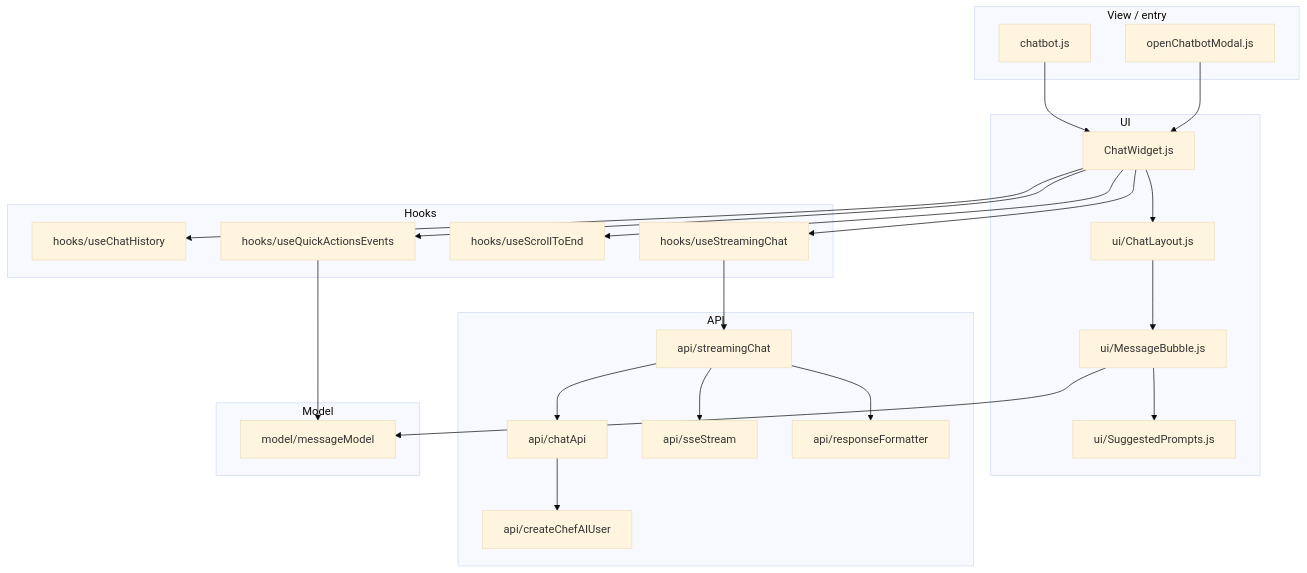
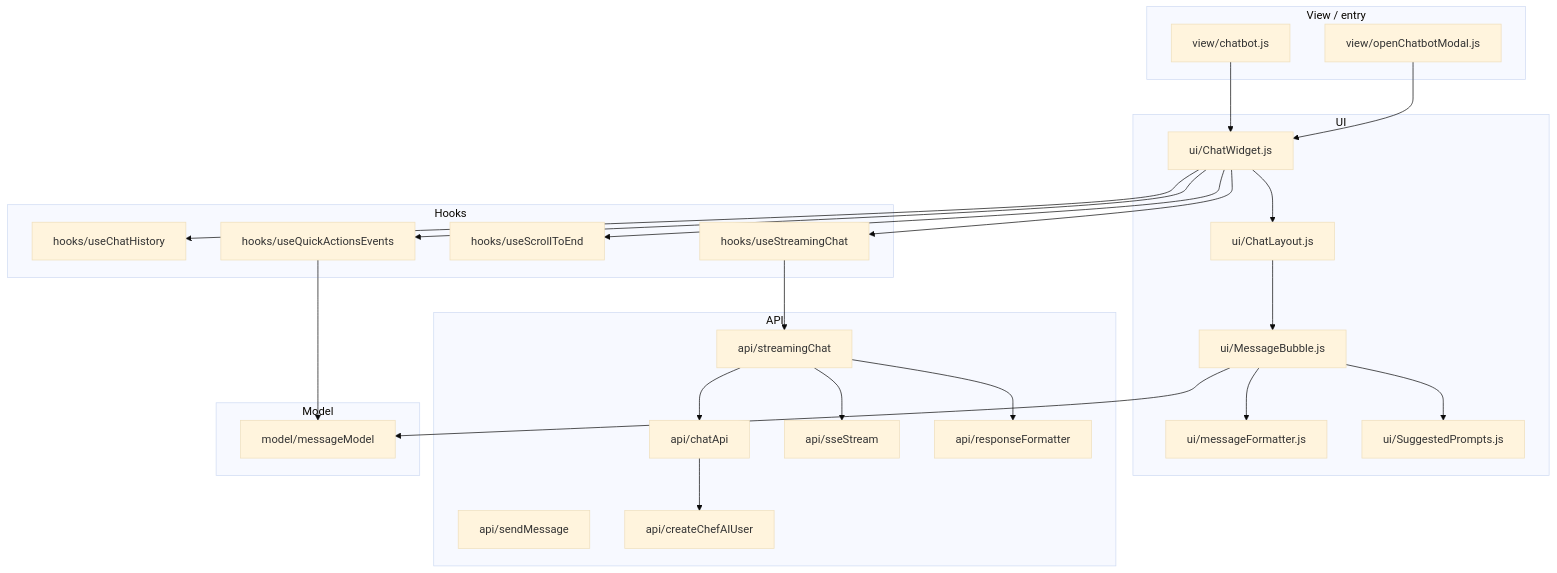
One commit to unileverchefai/chefai changed the first of 2 diagrams in helpers/chatbot/README.md. Above: the diagram before and after it, drawn with Mermaid (base theme). The commit also changed other lines of this file and 20 other files, not shown here.

````diff
--- a/helpers/chatbot/README.md
+++ b/helpers/chatbot/README.md
@@ -42,54 +44,57 @@
 ```mermaid
 flowchart TD
   subgraph viewLayer [View / entry]
-    chatbotJs[chatbot.js]
-    openChatbotModalJs[openChatbotModal.js]
+    chatbotJs[view/chatbot.js]
+    openChatbotModalJs[view/openChatbotModal.js]
   end
 
   subgraph uiLayer [UI]
-    chatWidgetJs[ChatWidget.js]
+    chatWidgetJs[ui/ChatWidget.js]
     chatLayoutJs[ui/ChatLayout.js]
     messageBubbleJs[ui/MessageBubble.js]
+    messageFormatterJs[ui/messageFormatter.js]
     suggestedPromptsJs[ui/SuggestedPrompts.js]
   end
 
   subgraph hooksLayer [Hooks]
     useChatHistoryJs[hooks/useChatHistory]
     useStreamingChatJs[hooks/useStreamingChat]
     useScrollToEndJs[hooks/useScrollToEnd]
     useQuickActionsEventsJs[hooks/useQuickActionsEvents]
   end
 
   subgraph apiLayer [API]
     chatApiJs[api/chatApi]
     streamingChatJs[api/streamingChat]
+    sendMessageJs[api/sendMessage]
     sseStreamJs[api/sseStream]
     responseFormatterJs[api/responseFormatter]
     createChefAIUserJs[api/createChefAIUser]
   end
 
   subgraph modelLayer [Model]
     messageModelJs[model/messageModel]
   end
 
   chatbotJs --> chatWidgetJs
   openChatbotModalJs --> chatWidgetJs
 
   chatWidgetJs --> chatLayoutJs
   chatLayoutJs --> messageBubbleJs
+  messageBubbleJs --> messageFormatterJs
   messageBubbleJs --> suggestedPromptsJs
 
   chatWidgetJs --> useChatHistoryJs
   chatWidgetJs --> useStreamingChatJs
   chatWidgetJs --> useScrollToEndJs
   chatWidgetJs --> useQuickActionsEventsJs
 
   useStreamingChatJs --> streamingChatJs
   streamingChatJs --> chatApiJs
   streamingChatJs --> sseStreamJs
   streamingChatJs --> responseFormatterJs
   chatApiJs --> createChefAIUserJs
 
   messageBubbleJs --> messageModelJs
   useQuickActionsEventsJs --> messageModelJs
 ```
````
